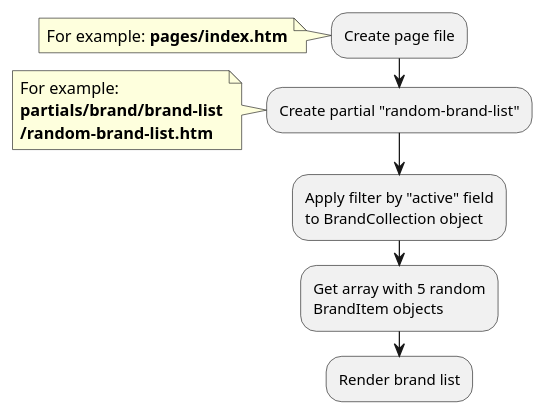
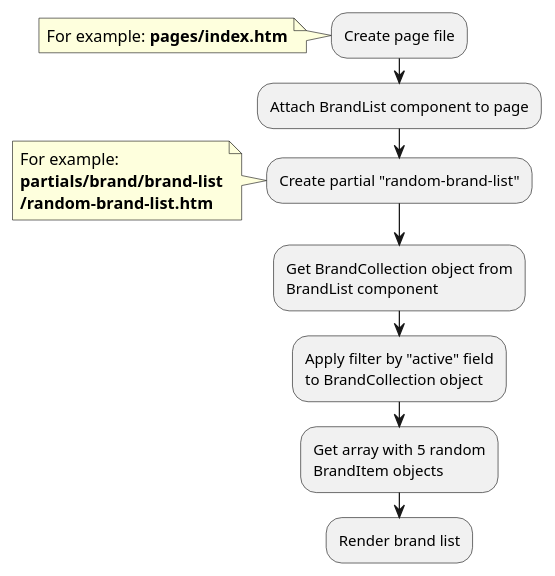
The second of 3 diagrams in modules/brand/examples/examples.md (oc-shopaholic/oc-shopaholic-docs), drawn with PlantUML before and after one commit. The commit also changed other lines of this file and 29 other files, not shown here.

````diff
--- a/modules/brand/examples/examples.md
+++ b/modules/brand/examples/examples.md
@@ -88,19 +88,22 @@
 ```plantuml
 @startuml
 :Create page file;
 note left
     For example: **pages/index.htm**
 end note
+:Attach BrandList component to page;
 :Create partial "random-brand-list";
 note left
     For example:
     **partials/brand/brand-list**
     **/random-brand-list.htm**
 end note
+:Get BrandCollection object from
+BrandList component;
 :Apply filter by "active" field
 to BrandCollection object;
 :Get array with 5 random
 BrandItem objects;
 :Render brand list;
 @enduml
 ```
````
